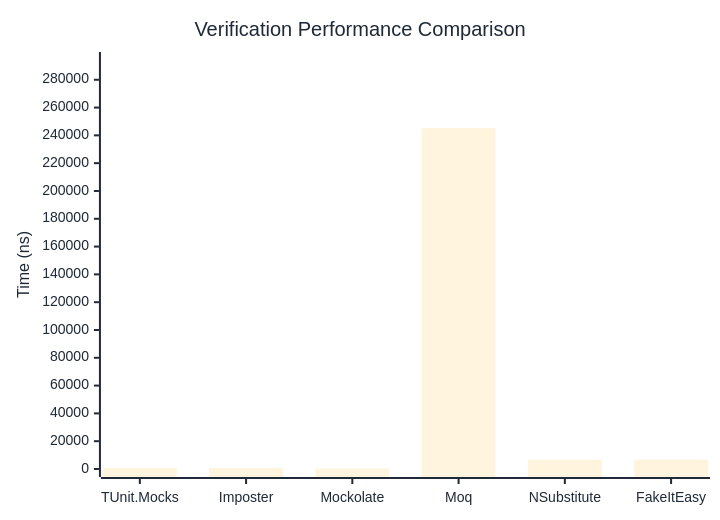
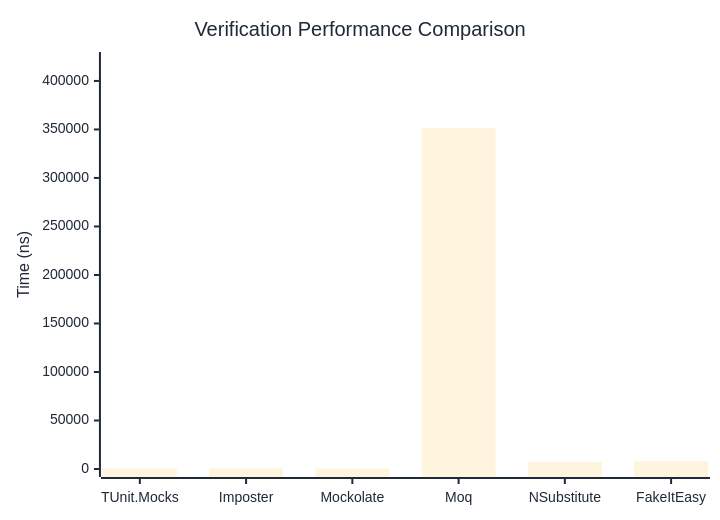
The first of 3 diagrams in docs/docs/benchmarks/mocks/Verification.md (thomhurst/TUnit), drawn with Mermaid before and after one commit. The commit also changed other lines of this file and 14 other files, not shown here.

````diff
--- a/docs/docs/benchmarks/mocks/Verification.md
+++ b/docs/docs/benchmarks/mocks/Verification.md
@@ -30,27 +30,27 @@
 ```mermaid
 %%{init: {
   'theme':'base',
   'themeVariables': {
     'primaryColor': '#2563eb',
     'primaryTextColor': '#1f2937',
     'primaryBorderColor': '#1e40af',
     'lineColor': '#6b7280',
     'secondaryColor': '#7c3aed',
     'tertiaryColor': '#dc2626',
     'background': '#ffffff',
     'pie1': '#2563eb',
     'pie2': '#7c3aed',
     'pie3': '#dc2626',
     'pie4': '#f59e0b',
     'pie5': '#10b981',
     'pie6': '#06b6d4',
     'pie7': '#ec4899',
     'pie8': '#6366f1'
   }
 }}%%
 xychart-beta
   title "Verification Performance Comparison"
   x-axis ["TUnit.Mocks", "Imposter", "Mockolate", "Moq", "NSubstitute", "FakeItEasy"]
-  y-axis "Time (ns)" 0 --> 294212
-  bar [784.28, 714.22, 395.99, 245176.36, 6659.63, 6723.88]
+  y-axis "Time (ns)" 0 --> 421590
+  bar [695.88, 705.19, 422.46, 351324.77, 7107.63, 7895.17]
 ```
````
